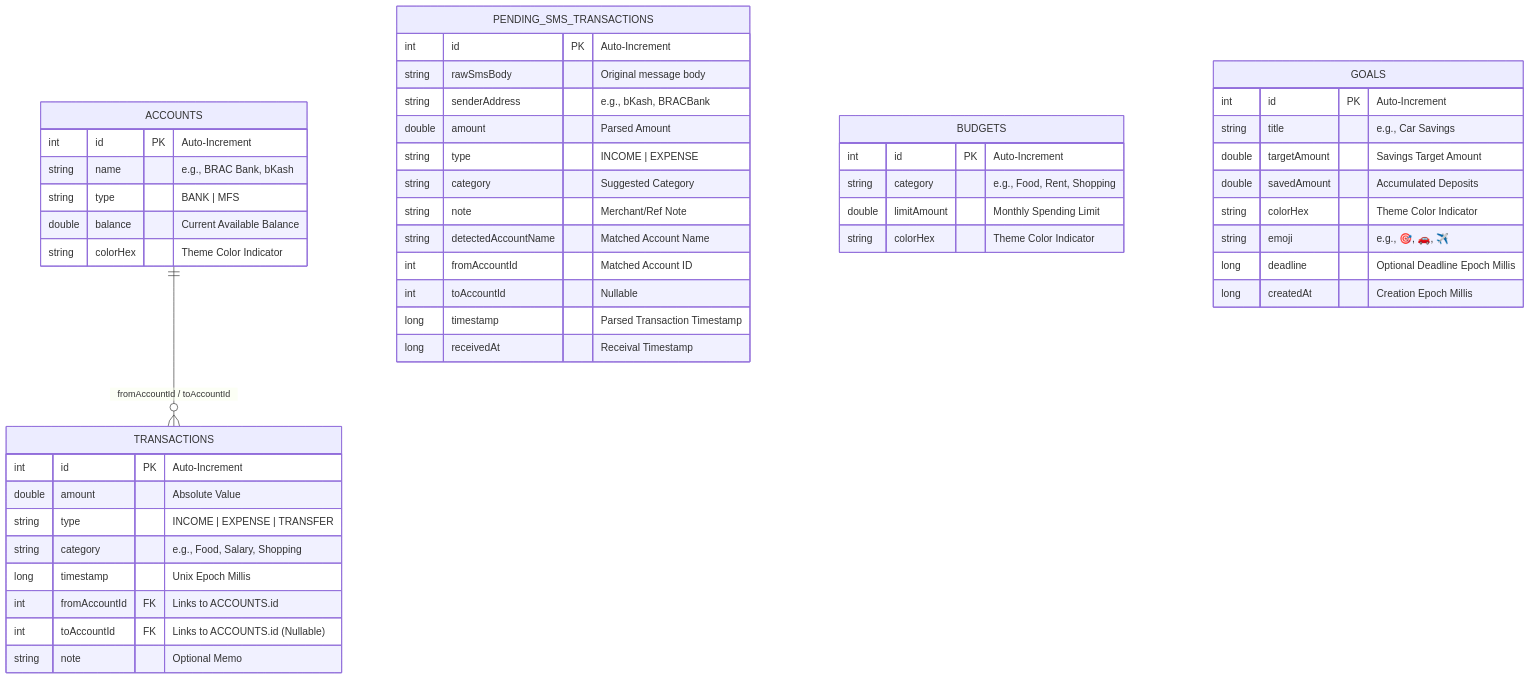
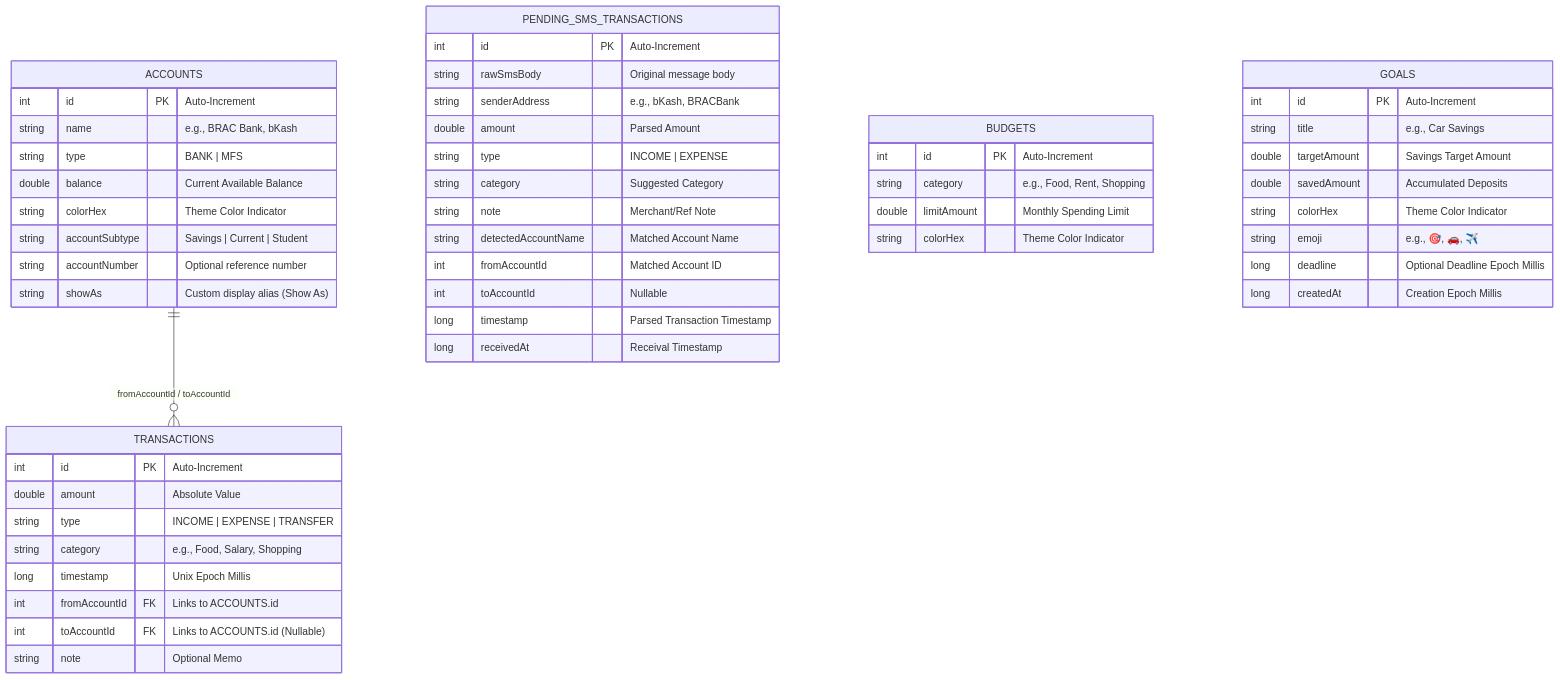
One commit to shejanahmmed/personal-finance-manager-app changed the diagram in README.md. Above: the diagram before and after it, drawn with Mermaid. The commit also changed other lines of this file, not shown here.

Commit message:
docs: update README with recent schema additions and UI polish details

````diff
--- a/README.md
+++ b/README.md
@@ -85,51 +85,54 @@
 ```mermaid
 erDiagram
     ACCOUNTS {
         int id PK "Auto-Increment"
         string name "e.g., BRAC Bank, bKash"
         string type "BANK | MFS"
         double balance "Current Available Balance"
         string colorHex "Theme Color Indicator"
+        string accountSubtype "Savings | Current | Student"
+        string accountNumber "Optional reference number"
+        string showAs "Custom display alias (Show As)"
     }
     TRANSACTIONS {
         int id PK "Auto-Increment"
         double amount "Absolute Value"
         string type "INCOME | EXPENSE | TRANSFER"
         string category "e.g., Food, Salary, Shopping"
         long timestamp "Unix Epoch Millis"
         int fromAccountId FK "Links to ACCOUNTS.id"
         int toAccountId FK "Links to ACCOUNTS.id (Nullable)"
         string note "Optional Memo"
     }
     PENDING_SMS_TRANSACTIONS {
         int id PK "Auto-Increment"
         string rawSmsBody "Original message body"
         string senderAddress "e.g., bKash, BRACBank"
         double amount "Parsed Amount"
         string type "INCOME | EXPENSE"
         string category "Suggested Category"
         string note "Merchant/Ref Note"
         string detectedAccountName "Matched Account Name"
         int fromAccountId "Matched Account ID"
         int toAccountId "Nullable"
         long timestamp "Parsed Transaction Timestamp"
         long receivedAt "Receival Timestamp"
     }
     BUDGETS {
         int id PK "Auto-Increment"
         string category "e.g., Food, Rent, Shopping"
         double limitAmount "Monthly Spending Limit"
         string colorHex "Theme Color Indicator"
     }
     GOALS {
         int id PK "Auto-Increment"
         string title "e.g., Car Savings"
         double targetAmount "Savings Target Amount"
         double savedAmount "Accumulated Deposits"
         string colorHex "Theme Color Indicator"
         string emoji "e.g., 🎯, 🚗, ✈️"
         long deadline "Optional Deadline Epoch Millis"
         long createdAt "Creation Epoch Millis"
     }
     ACCOUNTS ||--o{ TRANSACTIONS : "fromAccountId / toAccountId"
 ```
````
